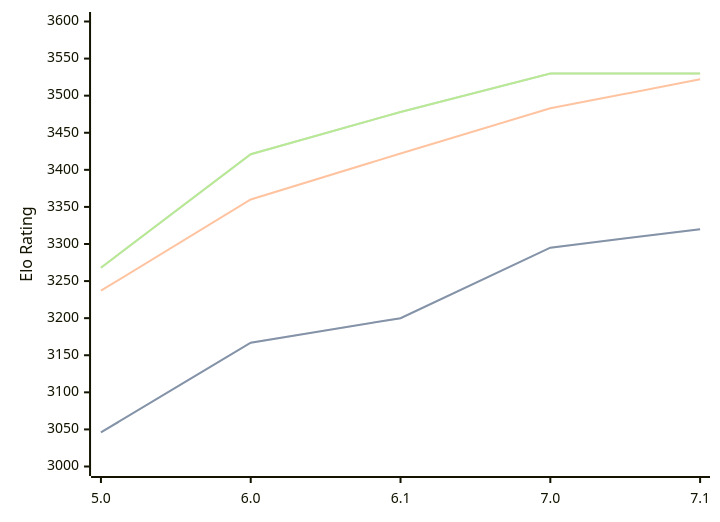
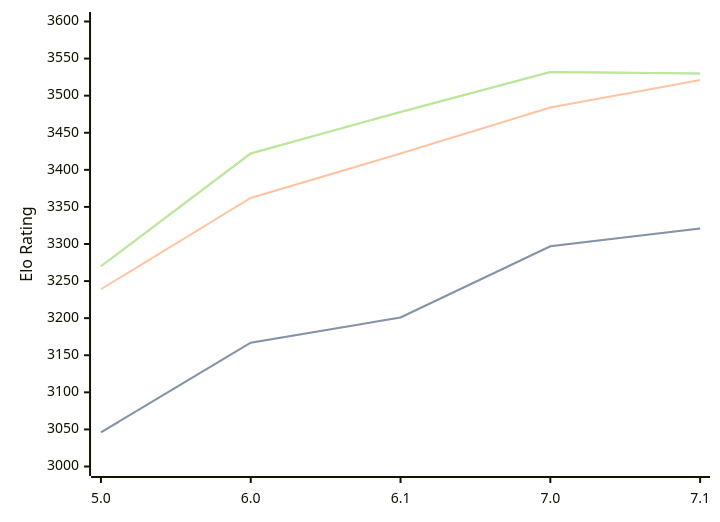
Before and after one commit to computer-chess-index/cci: the diagram in engines/PZChessBot.md, drawn with Mermaid. The commit also changed other lines of this file, not shown here.

Commit message:
Update CCI Ratings (ELO VLTC) - 2026-08-29

````diff
--- a/engines/PZChessBot.md
+++ b/engines/PZChessBot.md
@@ -35,11 +35,11 @@
 ```mermaid
 %%{init: {"theme":"base","themeVariables":{"seriesColors:['#a3a3a3','#222221','#faa371']}}}%%
 xychart-beta
   x-axis ["5.0", "6.0", "6.1", "7.0", "7.1"]
   y-axis "Elo Rating" 3000 --> 3600
-  line "" [3046, 3167, 3200, 3295, 3320]
-  line "STC (8.0+0.08s)" [3046, 3167, 3200, 3295, 3320]
-  line "LTC (60.0+0.60s)" [3237, 3360, 3422, 3483, 3522]
-  line "" [3268, 3421, 3478, 3530, 3530]
-  line "VLTC (2m24s+1.12s)" [3268, 3421, 3478, 3530, 3530]
+  line "" [3046, 3167, 3201, 3297, 3321]
+  line "STC (8.0+0.08s)" [3046, 3167, 3201, 3297, 3321]
+  line "LTC (60.0+0.60s)" [3239, 3362, 3422, 3484, 3521]
+  line "" [3270, 3422, 3478, 3532, 3530]
+  line "VLTC (2m24s+1.12s)" [3270, 3422, 3478, 3532, 3530]
 ```
````
